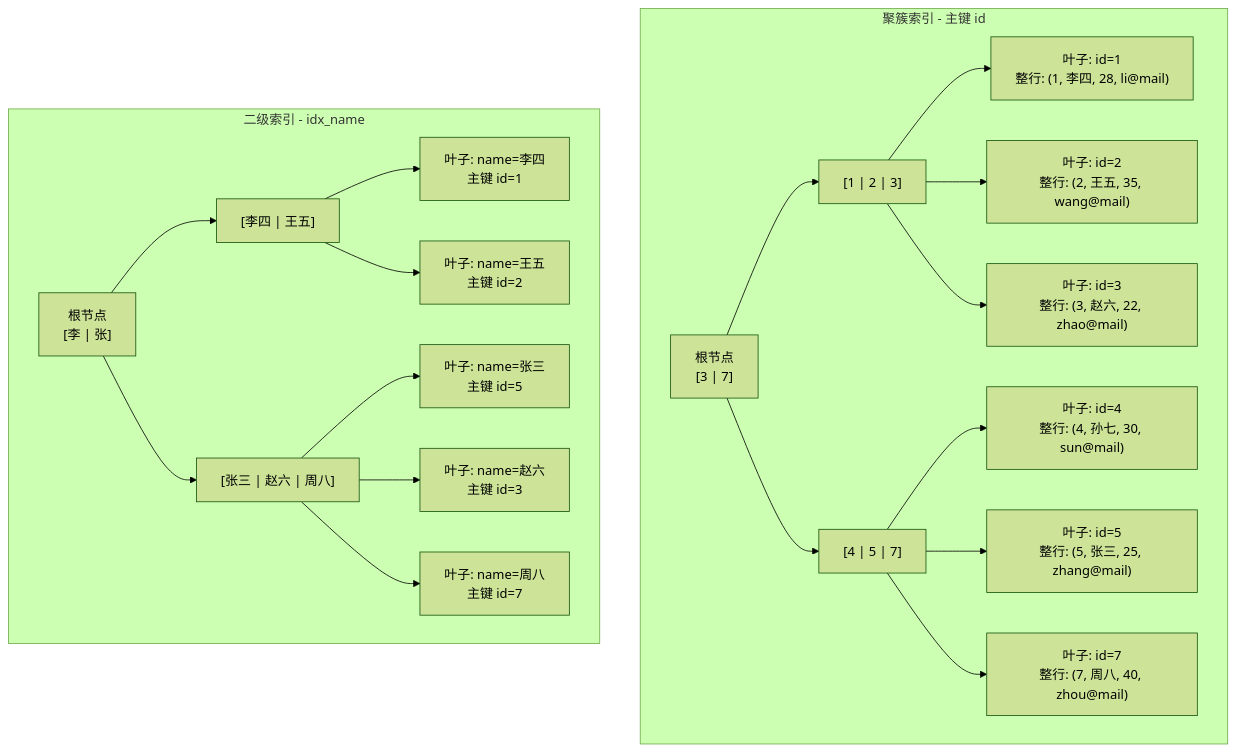
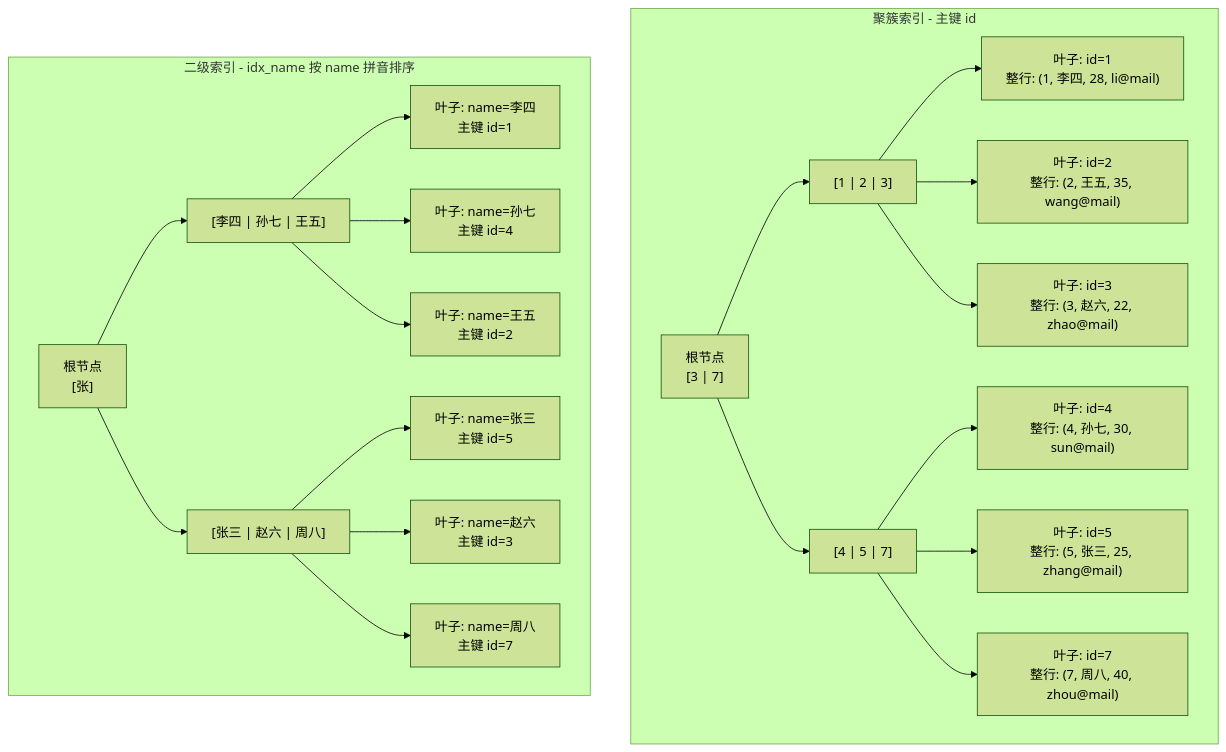
The first of 4 diagrams in part3-java-deep/09-数据库MySQL.md (LiPingjiang/Full-Stack-Knowledge-Book), drawn with Mermaid (forest theme) before and after one commit. The commit also changed other lines of this file, not shown here.

Commit message:
feat(MySQL): 补全二级索引示意图(+孙七)，新增索引分类维度说明(聚簇vs二级/单列vs联合/collation排序)

````diff
--- a/part3-java-deep/09-数据库MySQL.md
+++ b/part3-java-deep/09-数据库MySQL.md
@@ -90,40 +90,42 @@
 ```mermaid
 graph TD
     subgraph 聚簇索引 - 主键 id
         A1["根节点<br/>[3 | 7]"]
         A2["[1 | 2 | 3]"]
         A3["[4 | 5 | 7]"]
         A4["叶子: id=1<br/>整行: (1, 李四, 28, li@mail)"]
         A5["叶子: id=2<br/>整行: (2, 王五, 35, wang@mail)"]
         A6["叶子: id=3<br/>整行: (3, 赵六, 22, zhao@mail)"]
         A7["叶子: id=4<br/>整行: (4, 孙七, 30, sun@mail)"]
         A8["叶子: id=5<br/>整行: (5, 张三, 25, zhang@mail)"]
         A9["叶子: id=7<br/>整行: (7, 周八, 40, zhou@mail)"]
         A1 --> A2
         A1 --> A3
         A2 --> A4
         A2 --> A5
         A2 --> A6
         A3 --> A7
         A3 --> A8
         A3 --> A9
     end
 
-    subgraph 二级索引 - idx_name
-        B1["根节点<br/>[李 | 张]"]
-        B2["[李四 | 王五]"]
+    subgraph 二级索引 - idx_name 按 name 拼音排序
+        B1["根节点<br/>[张]"]
+        B2["[李四 | 孙七 | 王五]"]
         B3["[张三 | 赵六 | 周八]"]
         B4["叶子: name=李四<br/>主键 id=1"]
-        B5["叶子: name=王五<br/>主键 id=2"]
-        B6["叶子: name=张三<br/>主键 id=5"]
-        B7["叶子: name=赵六<br/>主键 id=3"]
-        B8["叶子: name=周八<br/>主键 id=7"]
+        B5["叶子: name=孙七<br/>主键 id=4"]
+        B6["叶子: name=王五<br/>主键 id=2"]
+        B7["叶子: name=张三<br/>主键 id=5"]
+        B8["叶子: name=赵六<br/>主键 id=3"]
+        B9["叶子: name=周八<br/>主键 id=7"]
         B1 --> B2
         B1 --> B3
         B2 --> B4
         B2 --> B5
-        B3 --> B6
+        B2 --> B6
         B3 --> B7
         B3 --> B8
+        B3 --> B9
     end
 ```
````
